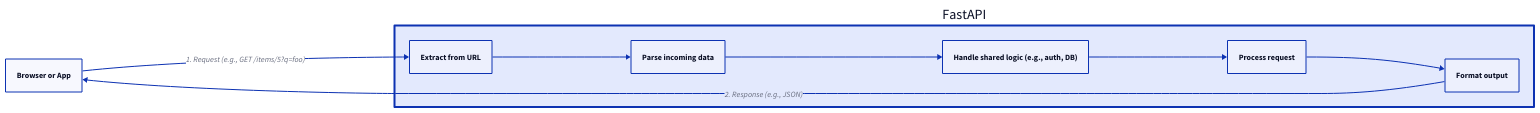
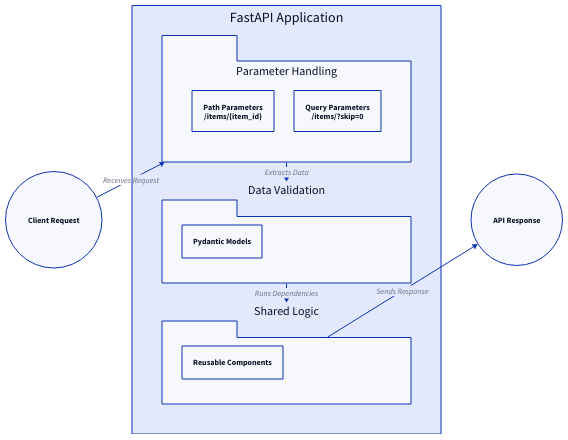
One commit to lban2049/fastapi changed the diagram in .aigne/doc-smith/docs/user-guide.md. Above: the diagram before and after it, drawn with D2. The commit also changed other lines of this file and 45 other files, not shown here.

````diff
--- a/.aigne/doc-smith/docs/user-guide.md
+++ b/.aigne/doc-smith/docs/user-guide.md
@@ -11,24 +9,43 @@
 ```d2
-direction: right
+direction: down
 
-Client: Browser or App
-
-FastAPI: { 
-  style: {
-    stroke-width: 4
-  }
-  "Path & Query Params": "Extract from URL"
-  "Request Body": "Parse incoming data"
-  "Dependencies": "Handle shared logic (e.g., auth, DB)"
-  "Your Logic": "Process request"
-  "Response Handling": "Format output"
+"Client Request" {
+  shape: circle
 }
 
-Client -> FastAPI."Path & Query Params": "1. Request (e.g., GET /items/5?q=foo)"
-FastAPI."Path & Query Params" -> FastAPI."Request Body"
-FastAPI."Request Body" -> FastAPI."Dependencies"
-FastAPI."Dependencies" -> FastAPI."Your Logic"
-FastAPI."Your Logic" -> FastAPI."Response Handling"
-FastAPI."Response Handling" -> Client: "2. Response (e.g., JSON)"
+"FastAPI Application" {
+  shape: rectangle
+  grid-columns: 1
 
+  "Parameter Handling" {
+    shape: package
+    grid-columns: 2
+
+    "Path Parameters": {
+      label: "Path Parameters\n/items/{item_id}"
+    }
+    "Query Parameters": {
+      label: "Query Parameters\n/items/?skip=0"
+    }
+  }
+
+  "Data Validation" {
+    shape: package
+    "Request Body": "Pydantic Models"
+  }
+
+  "Shared Logic" {
+    shape: package
+    "Dependency Injection": "Reusable Components"
+  }
+}
+
+"API Response" {
+  shape: circle
+}
+
+"Client Request" -> "FastAPI Application"."Parameter Handling": "Receives Request"
+"FastAPI Application"."Parameter Handling" -> "FastAPI Application"."Data Validation": "Extracts Data"
+"FastAPI Application"."Data Validation" -> "FastAPI Application"."Shared Logic": "Runs Dependencies"
+"FastAPI Application"."Shared Logic" -> "API Response": "Sends Response"
 ```
````
